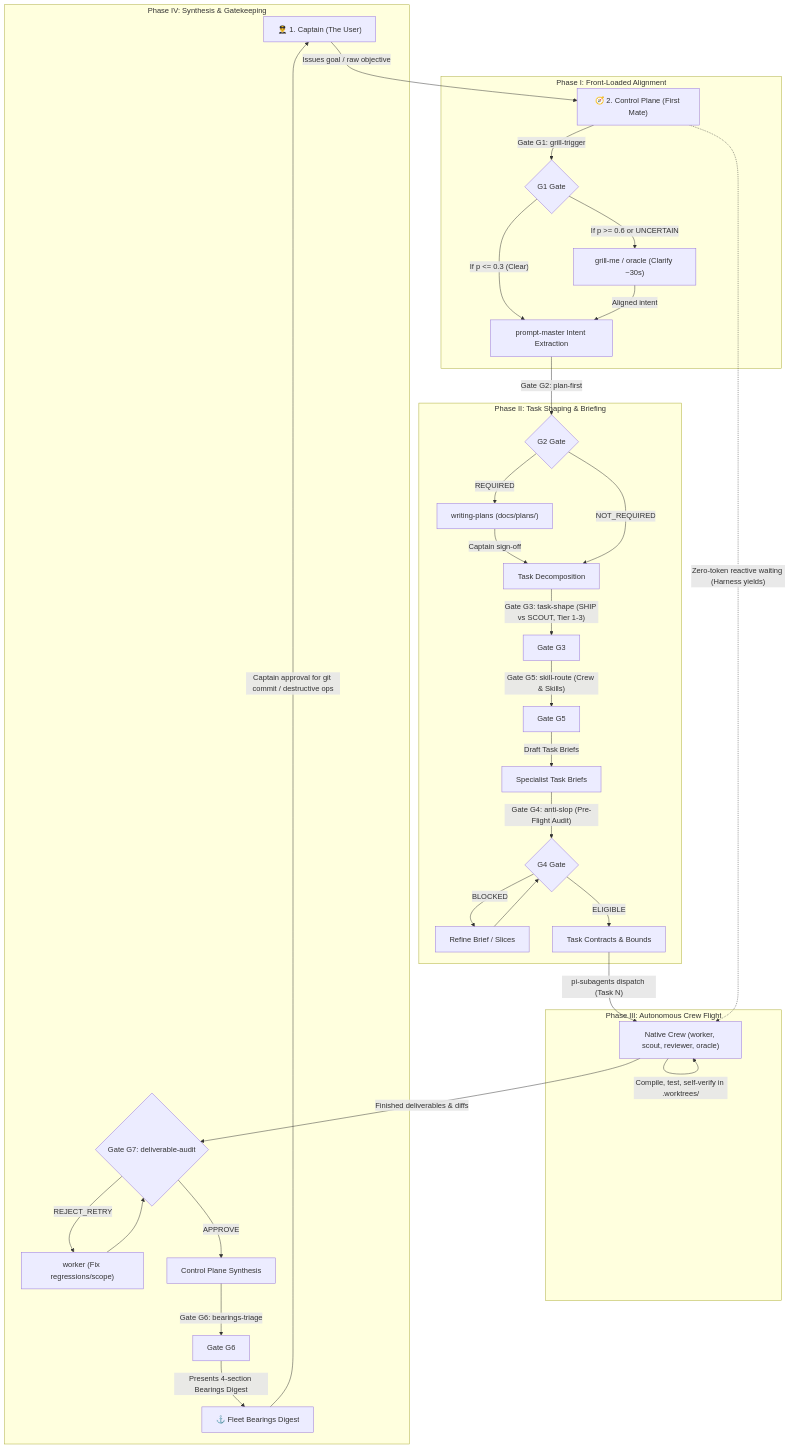
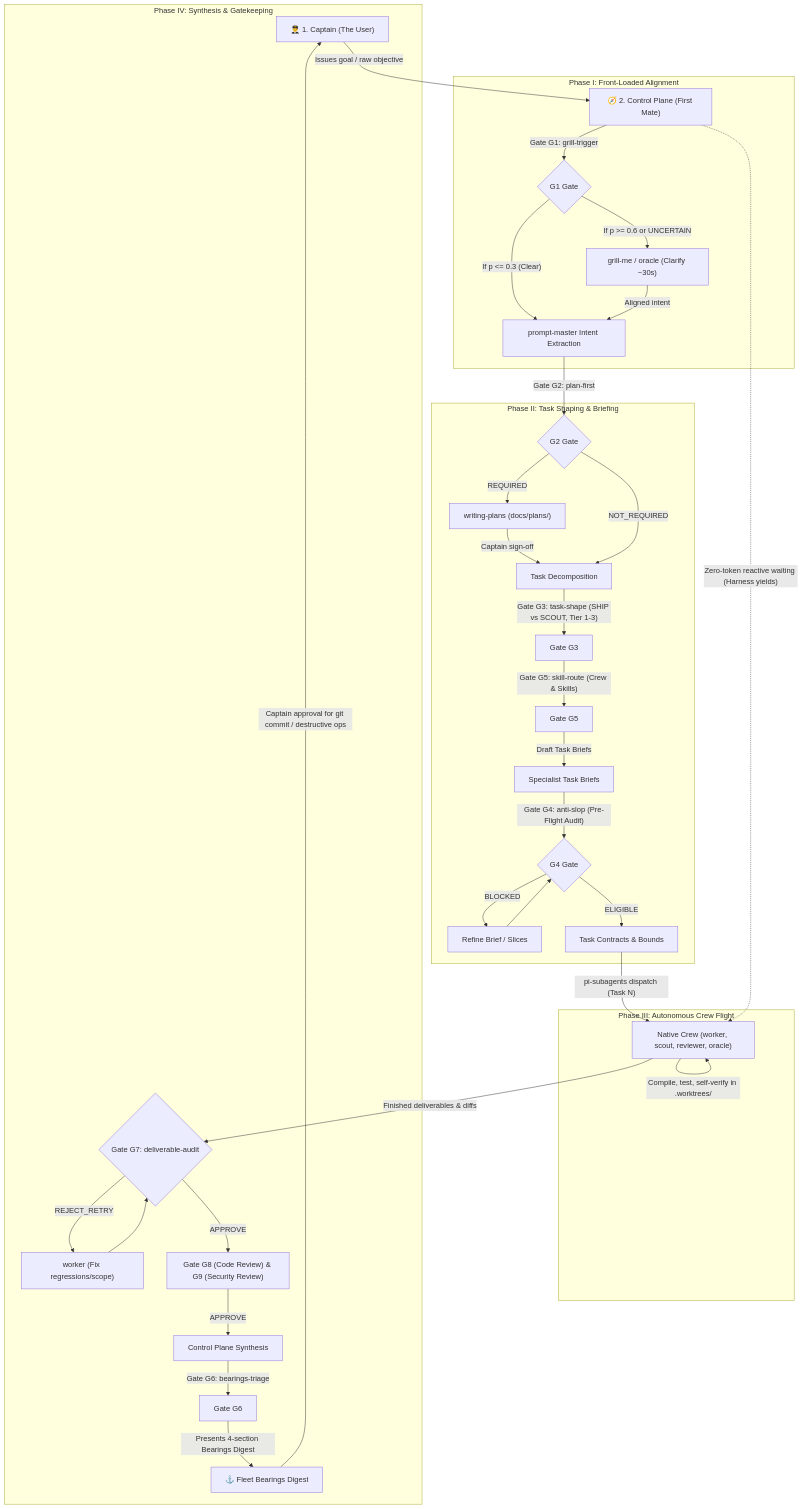
The diagram in AGENTS.md (HairyBlue/acon), drawn with Mermaid before and after one commit. The commit also changed other lines of this file and 14 other files, not shown here.

````diff
--- a/AGENTS.md
+++ b/AGENTS.md
@@ -26,37 +26,38 @@
 ```mermaid
 flowchart TD
     Captain["👨‍✈️ 1. Captain (The User)"] -->|"Issues goal / raw objective"| FirstMate["🧭 2. Control Plane (First Mate)"]
     subgraph Alignment ["Phase I: Front-Loaded Alignment"]
         FirstMate -->|"Gate G1: grill-trigger"| G1{"G1 Gate"}
         G1 -->|"If p >= 0.6 or UNCERTAIN"| Grill["grill-me / oracle (Clarify ~30s)"]
         G1 -->|"If p <= 0.3 (Clear)"| PM1["prompt-master Intent Extraction"]
         Grill -->|"Aligned intent"| PM1
     end
     subgraph Shaping ["Phase II: Task Shaping & Briefing"]
         PM1 -->|"Gate G2: plan-first"| G2{"G2 Gate"}
         G2 -->|"REQUIRED"| Plan["writing-plans (docs/plans/)"]
         Plan -->|"Captain sign-off"| ShapingCore["Task Decomposition"]
         G2 -->|"NOT_REQUIRED"| ShapingCore
         ShapingCore -->|"Gate G3: task-shape (SHIP vs SCOUT, Tier 1-3)"| G3["Gate G3"]
         G3 -->|"Gate G5: skill-route (Crew & Skills)"| G5["Gate G5"]
         G5 -->|"Draft Task Briefs"| Briefs["Specialist Task Briefs"]
         Briefs -->|"Gate G4: anti-slop (Pre-Flight Audit)"| G4{"G4 Gate"}
         G4 -->|"BLOCKED"| FixBrief["Refine Brief / Slices"]
         FixBrief --> G4
         G4 -->|"ELIGIBLE"| Contracts["Task Contracts & Bounds"]
     end
     subgraph Flight ["Phase III: Autonomous Crew Flight"]
         Contracts -->|"pi-subagents dispatch (Task N)"| Crew["Native Crew (worker, scout, reviewer, oracle)"]
         Crew -->|"Compile, test, self-verify in .worktrees/"| Crew
         FirstMate -.->|"Zero-token reactive waiting (Harness yields)"| Crew
     end
     subgraph Synthesis ["Phase IV: Synthesis & Gatekeeping"]
         Crew -->|"Finished deliverables & diffs"| G7{"Gate G7: deliverable-audit"}
         G7 -->|"REJECT_RETRY"| RetryWorker["worker (Fix regressions/scope)"]
         RetryWorker --> G7
-        G7 -->|"APPROVE"| ControlPlane["Control Plane Synthesis"]
+        G7 -->|"APPROVE"| G89["Gate G8 (Code Review) & G9 (Security Review)"]
+        G89 -->|"APPROVE"| ControlPlane["Control Plane Synthesis"]
         ControlPlane -->|"Gate G6: bearings-triage"| G6["Gate G6"]
         G6 -->|"Presents 4-section Bearings Digest"| Bearings["⚓ Fleet Bearings Digest"]
         Bearings -->|"Captain approval for git commit / destructive ops"| Captain
     end
 ```
````
